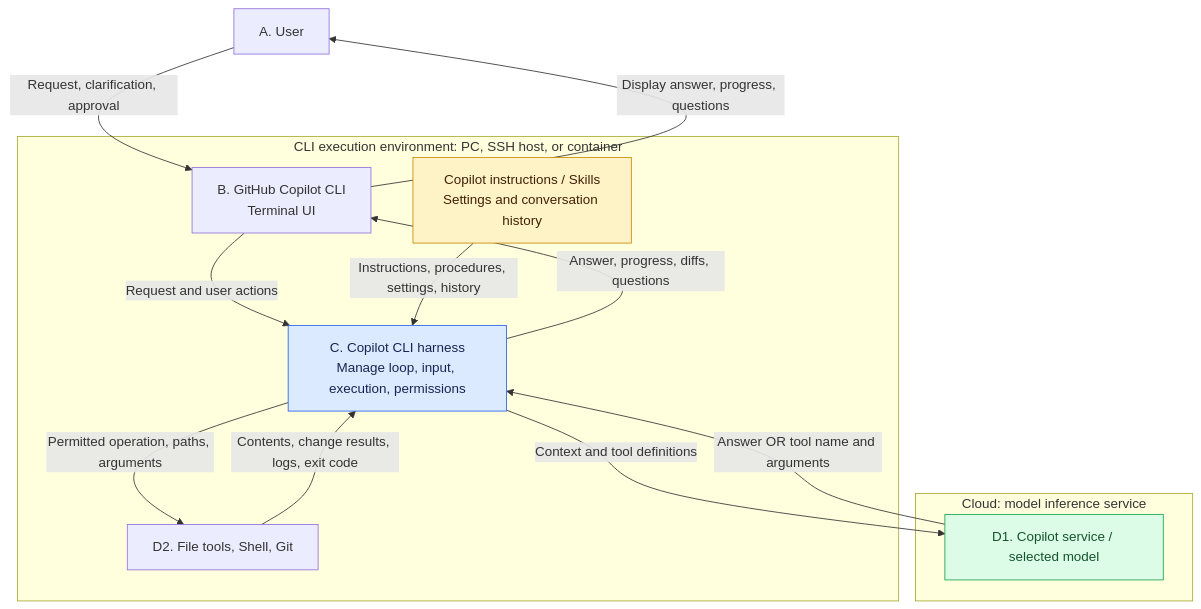
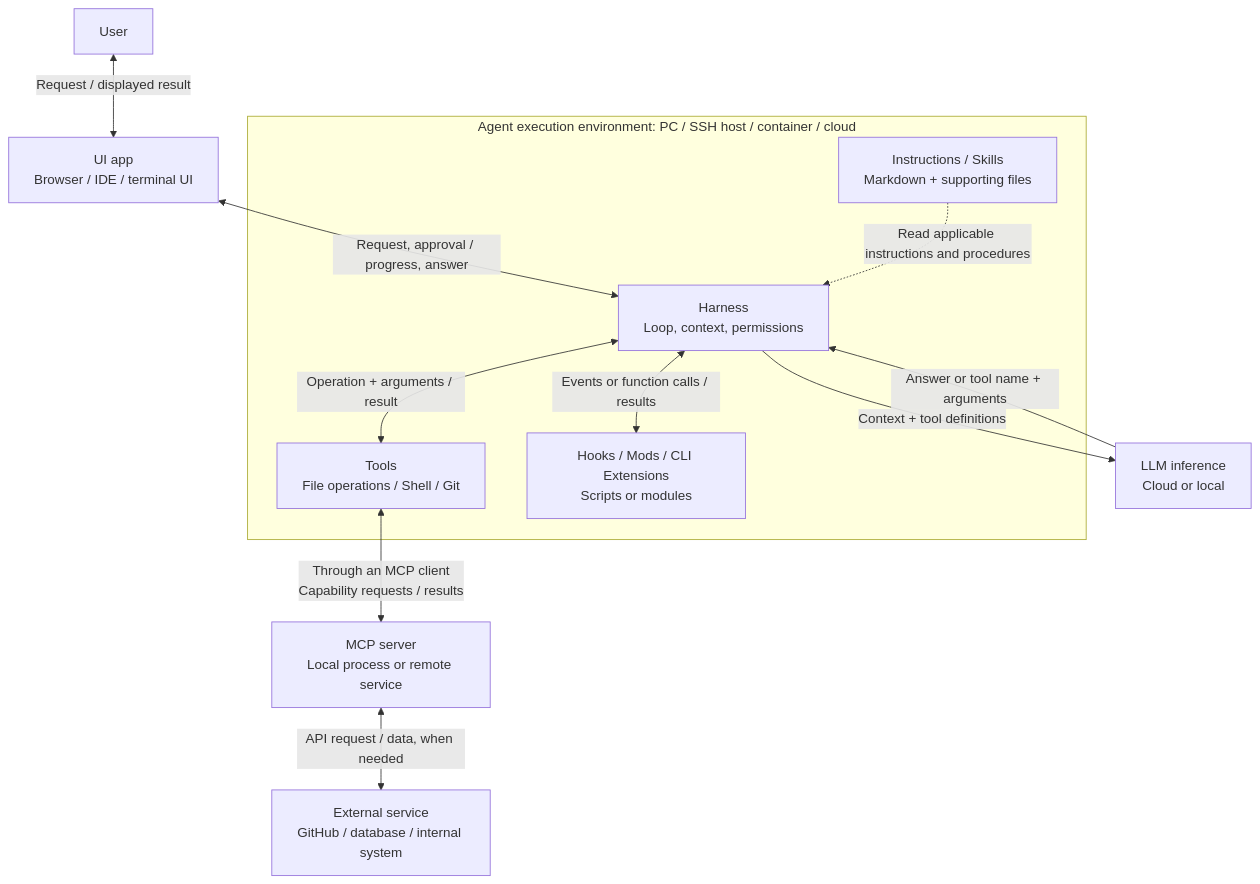
The first of 5 diagrams in learning/ai/agent_architecture.md (rtnk16/dev-lab), drawn with Mermaid before and after one commit. The commit also changed other lines of this file and 32 other files, not shown here.

Commit message:
Simplify agent architecture guides with embedded Mermaid diagrams

````diff
--- a/learning/ai/agent_architecture.md
+++ b/learning/ai/agent_architecture.md
@@ -137,28 +9,20 @@
 ```mermaid
 flowchart TB
-    U["A. User"]
-    subgraph LOCAL["CLI execution environment: PC, SSH host, or container"]
-        B["B. GitHub Copilot CLI<br/>Terminal UI"]
-        H["C. Copilot CLI harness<br/>Manage loop, input, execution, permissions"]
-        F["Copilot instructions / Skills<br/>Settings and conversation history"]
-        T["D2. File tools, Shell, Git"]
+    U["User"] <-->|"Request / displayed result"| UI["UI app<br/>Browser / IDE / terminal UI"]
+    UI <-->|"Request, approval / progress, answer"| H
+
+    subgraph RUN["Agent execution environment: PC / SSH host / container / cloud"]
+        H["Harness<br/>Loop, context, permissions"]
+        T["Tools<br/>File operations / Shell / Git"]
+        F["Instructions / Skills<br/>Markdown + supporting files"]
+        E["Hooks / Mods / CLI Extensions<br/>Scripts or modules"]
+        F -.->|"Read applicable instructions and procedures"| H
+        H <-->|"Operation + arguments / result"| T
+        H <-->|"Events or function calls / results"| E
     end
-    subgraph CLOUD["Cloud: model inference service"]
-        M["D1. Copilot service / selected model"]
-    end
-    U -->|"Request, clarification, approval"| B
-    B -->|"Display answer, progress, questions"| U
-    B -->|"Request and user actions"| H
-    H -->|"Answer, progress, diffs, questions"| B
-    F -->|"Instructions, procedures, settings, history"| H
-    H -->|"Context and tool definitions"| M
-    M -->|"Answer OR tool name and arguments"| H
-    H -->|"Permitted operation, paths, arguments"| T
-    T -->|"Contents, change results, logs, exit code"| H
-    classDef control fill:#dbeafe,stroke:#2563eb,color:#172554
-    classDef model fill:#dcfce7,stroke:#16a34a,color:#14532d
-    classDef data fill:#fef3c7,stroke:#ca8a04,color:#422006
-    class H control
-    class M model
-    class F data
+
+    H -->|"Context + tool definitions"| L["LLM inference<br/>Cloud or local"]
+    L -->|"Answer or tool name + arguments"| H
+    T <-->|"Through an MCP client<br/>Capability requests / results"| M["MCP server<br/>Local process or remote service"]
+    M <-->|"API request / data, when needed"| S["External service<br/>GitHub / database / internal system"]
 ```
````
